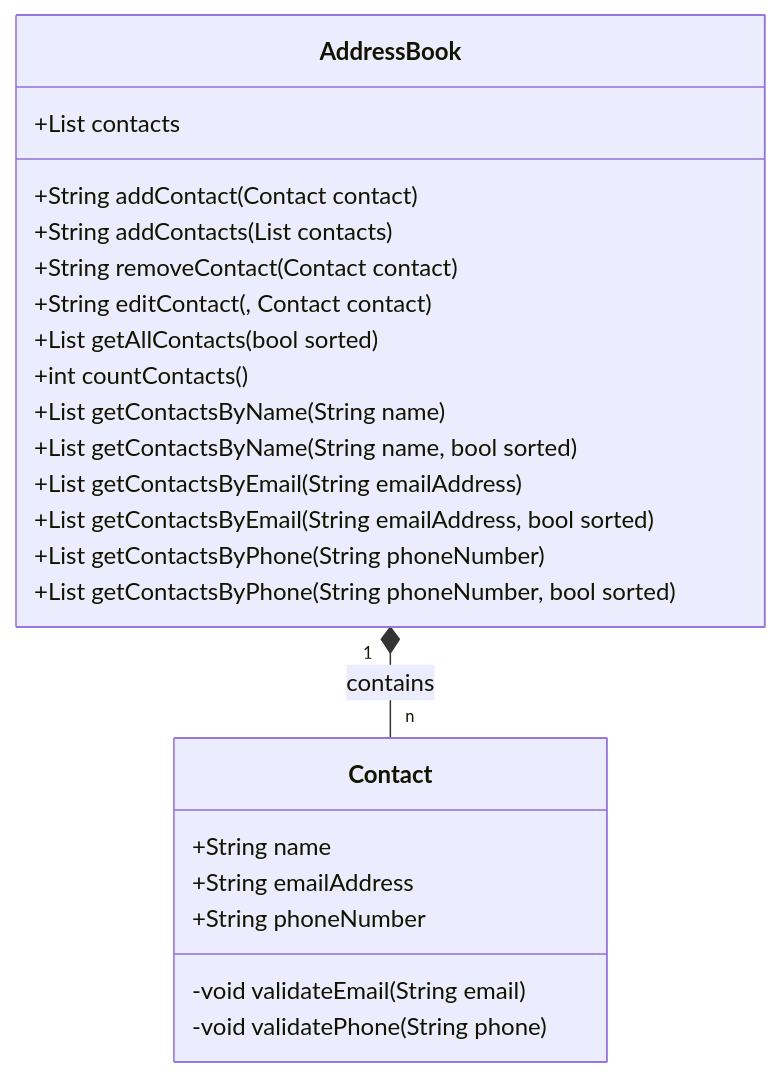
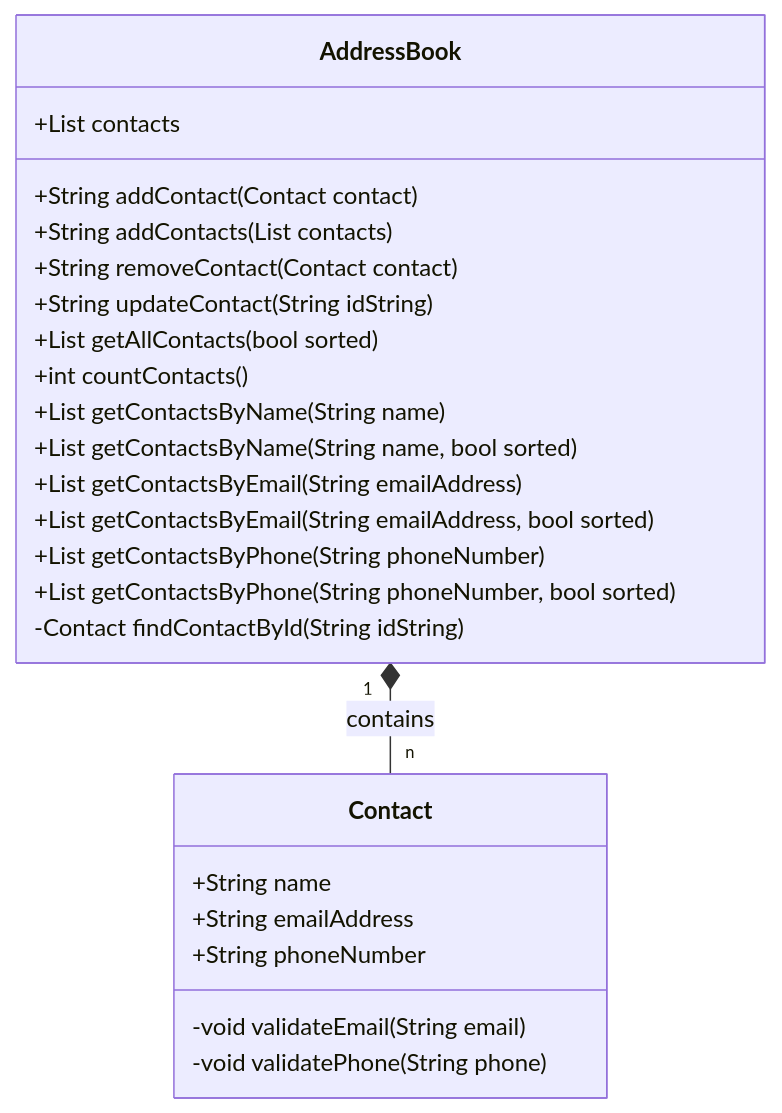
The diagram in docs/definition-of-done.md (jpmono416/df-challenge-3-copy), drawn with Mermaid before and after one commit. The commit also changed other lines of this file and 2 other files, not shown here.

Commit message:
[Feat]: Case 4.1 passed. Added AddressBook.updateContact

````diff
--- a/docs/definition-of-done.md
+++ b/docs/definition-of-done.md
@@ -8,29 +8,30 @@
 ```mermaid
 classDiagram
     AddressBook "1" *-- "n" Contact : contains
 
     class Contact {
         +String name
         +String emailAddress
         +String phoneNumber
         -void validateEmail(String email)
         -void validatePhone(String phone)
     }
     
     class AddressBook {
         +List<Contact> contacts
         +String addContact(Contact contact)
         +String addContacts(List<Contact> contacts)
         +String removeContact(Contact contact)
-        +String editContact(, Contact contact)
+        +String updateContact(String idString)
         +List<Contact> getAllContacts(bool sorted)
         +int countContacts()
         +List<Contact> getContactsByName(String name)
         +List<Contact> getContactsByName(String name, bool sorted)
         +List<Contact> getContactsByEmail(String emailAddress)
         +List<Contact> getContactsByEmail(String emailAddress, bool sorted)
         +List<Contact> getContactsByPhone(String phoneNumber)
         +List<Contact> getContactsByPhone(String phoneNumber, bool sorted)
+        -Contact findContactById(String idString)
     }
         
 ```
````
